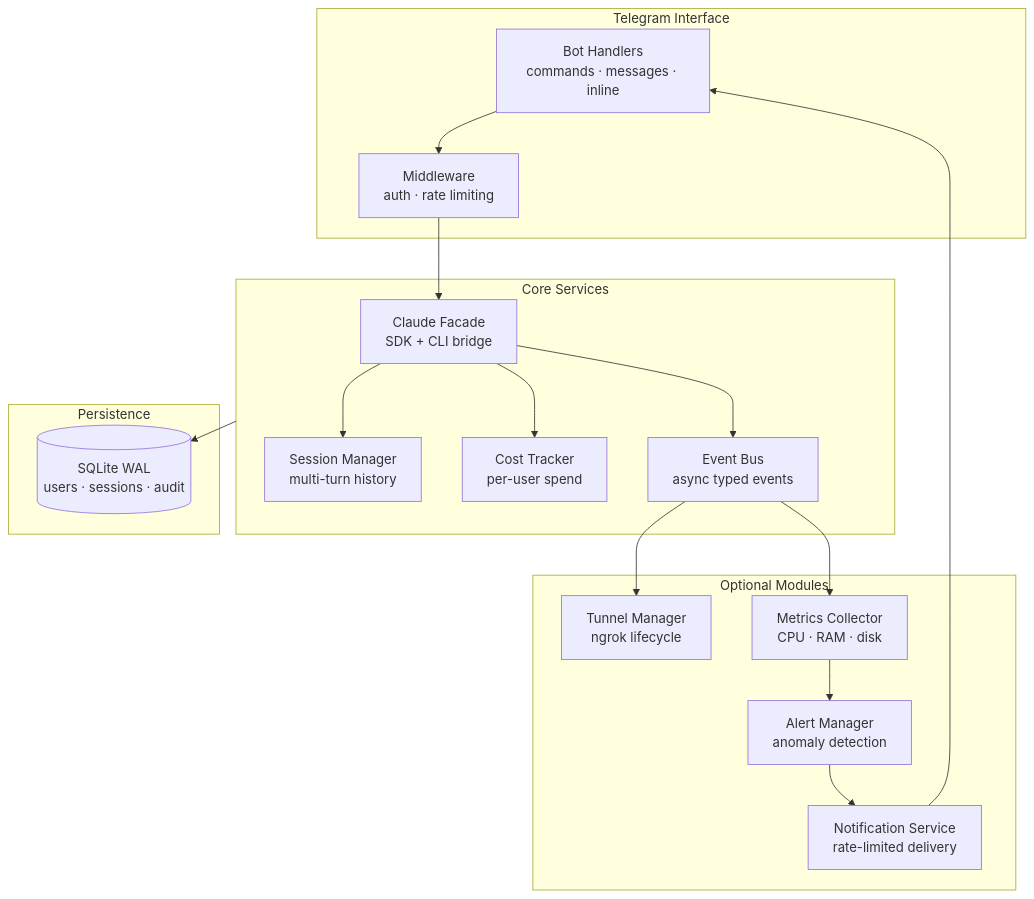
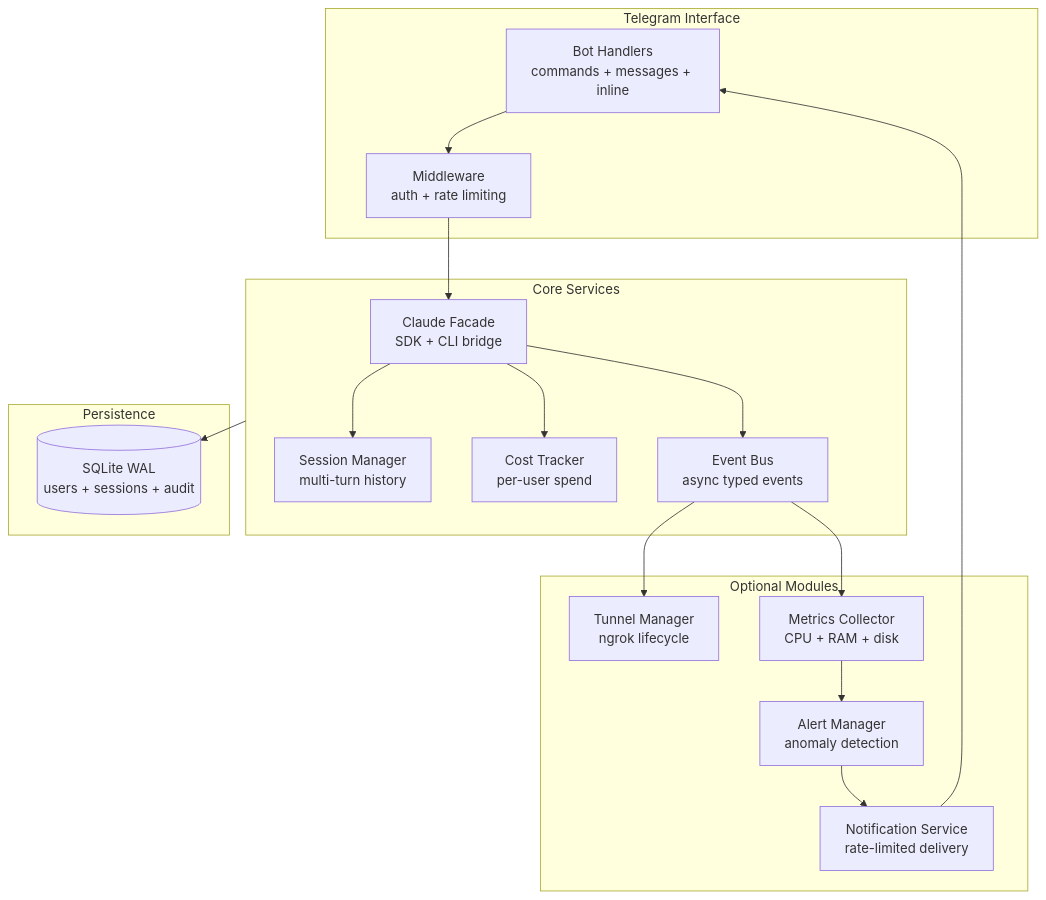
The diagram in README.md (sudohakan/claude-remote-bot), drawn with Mermaid before and after one commit. The commit also changed other lines of this file, not shown here.

````diff
--- a/README.md
+++ b/README.md
@@ -133,37 +204,37 @@
 ```mermaid
 graph TB
     subgraph Telegram["Telegram Interface"]
-        TG[Bot Handlers<br/>commands · messages · inline]
-        MW[Middleware<br/>auth · rate limiting]
+        TG[Bot Handlers<br/>commands + messages + inline]
+        MW[Middleware<br/>auth + rate limiting]
     end
 
     subgraph Core["Core Services"]
         CF[Claude Facade<br/>SDK + CLI bridge]
         SM[Session Manager<br/>multi-turn history]
         CT[Cost Tracker<br/>per-user spend]
         EB[Event Bus<br/>async typed events]
     end
 
     subgraph Optional["Optional Modules"]
         TM[Tunnel Manager<br/>ngrok lifecycle]
-        MC[Metrics Collector<br/>CPU · RAM · disk]
+        MC[Metrics Collector<br/>CPU + RAM + disk]
         AM[Alert Manager<br/>anomaly detection]
         NS[Notification Service<br/>rate-limited delivery]
     end
 
     subgraph Storage["Persistence"]
-        DB[(SQLite WAL<br/>users · sessions · audit)]
+        DB[(SQLite WAL<br/>users + sessions + audit)]
     end
 
     TG --> MW
     MW --> CF
     CF --> SM
     CF --> CT
     CF --> EB
     EB --> TM
     EB --> MC
     MC --> AM
     AM --> NS
     NS --> TG
     Core --> DB
 ```
````
